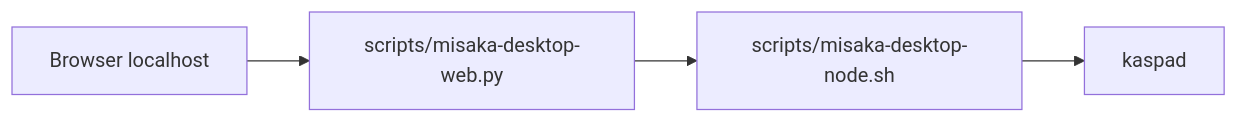
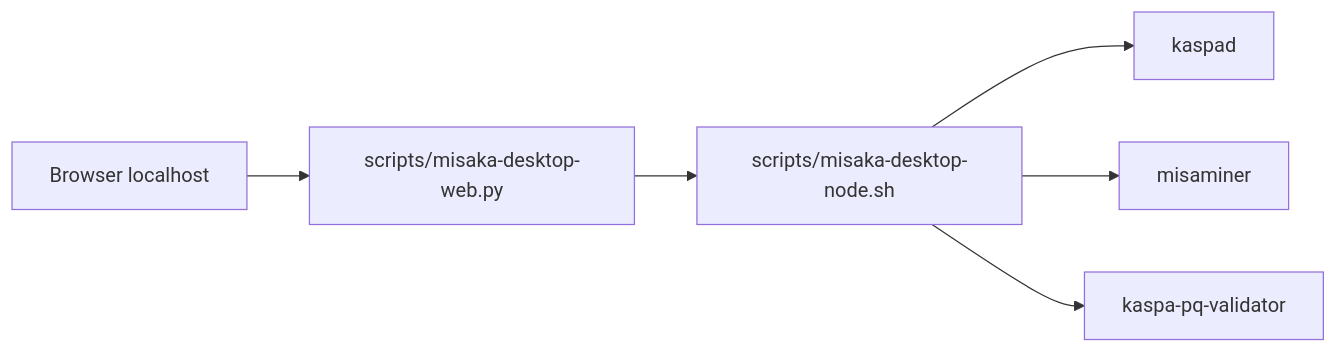
Before and after one commit to MISAKA-BTC/misakas: the second of 2 diagrams in contrib/local-desktop-join/docs/design-ja.md, drawn with Mermaid. The commit also changed other lines of this file and 11 other files, not shown here.

````diff
--- a/contrib/local-desktop-join/docs/design-ja.md
+++ b/contrib/local-desktop-join/docs/design-ja.md
@@ -37,6 +41,8 @@
 ```mermaid
 flowchart LR
   A["Browser localhost"] --> B["scripts/misaka-desktop-web.py"]
   B --> C["scripts/misaka-desktop-node.sh"]
   C --> D["kaspad"]
+  C --> E["misaminer"]
+  C --> F["kaspa-pq-validator"]
 ```
````
